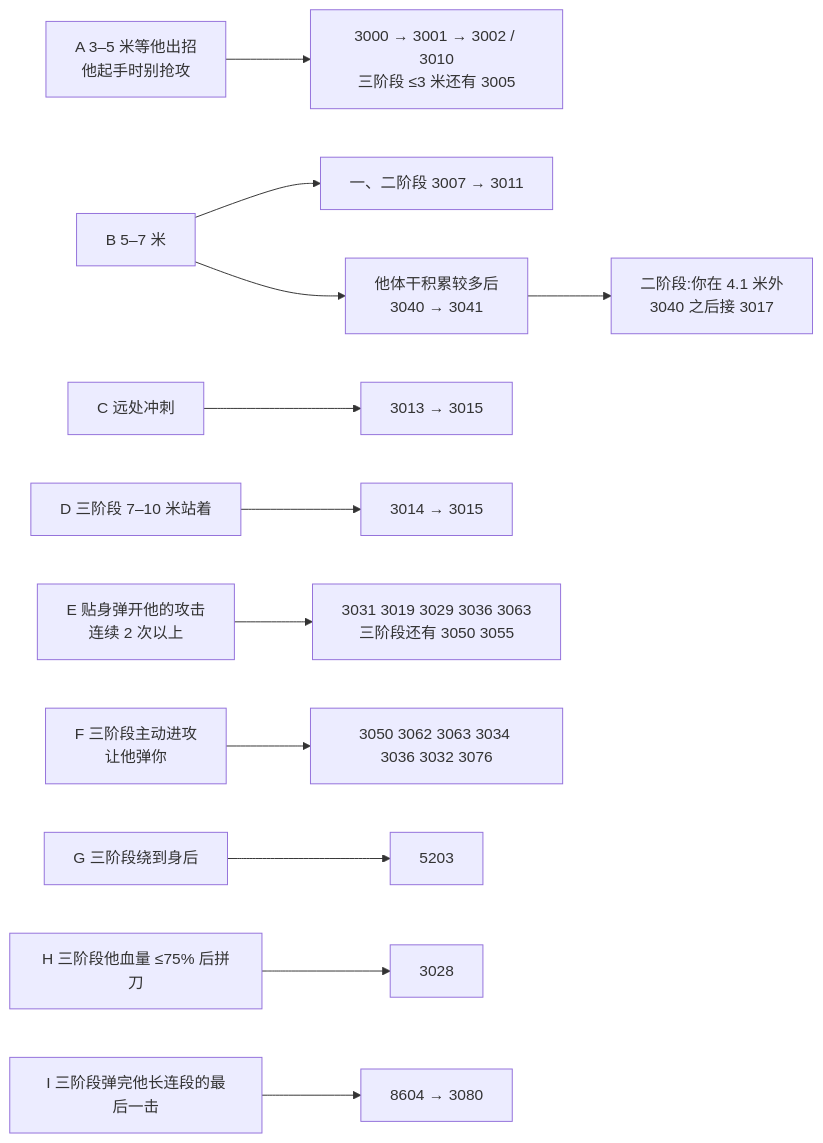
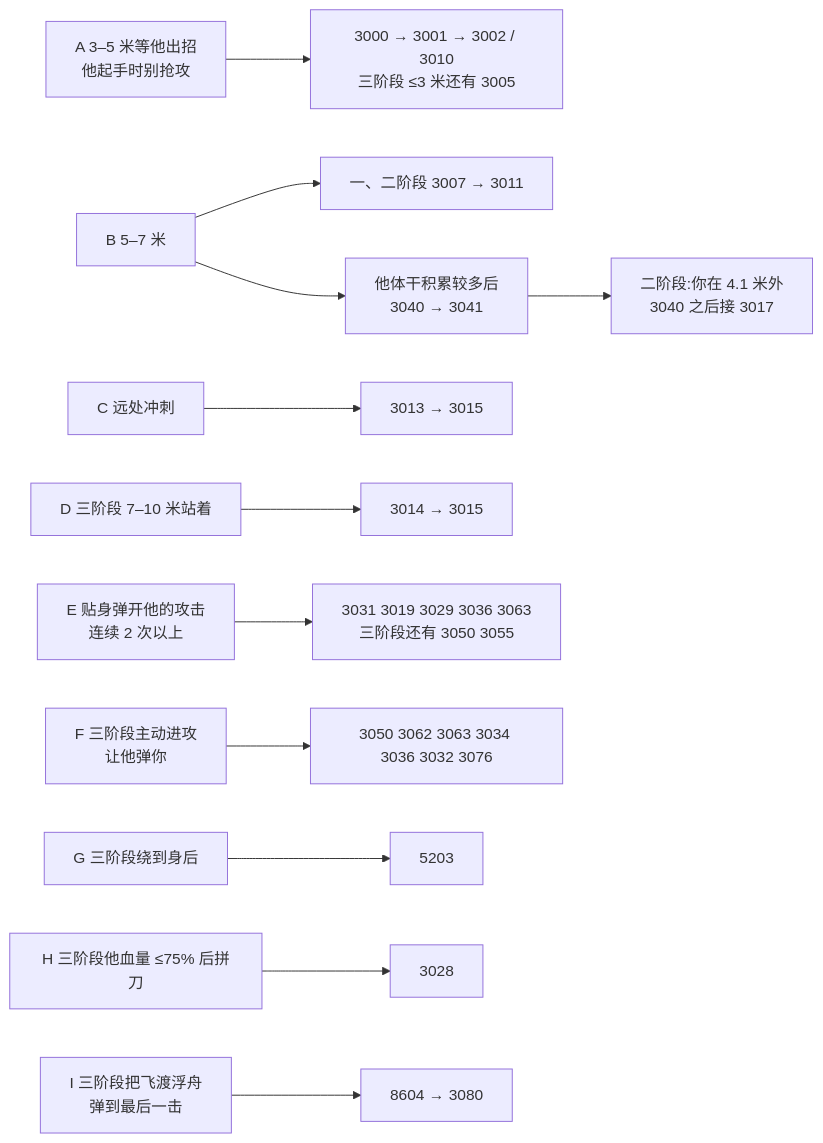
One commit to CanYouTeachMeHowToCode/Sekiro-boss-practice-analytics changed the diagram in research/ground_truth/genichiro-recording-round2.md. Above: the diagram before and after it, drawn with Mermaid. The commit also changed other lines of this file, not shown here.

````diff
--- a/research/ground_truth/genichiro-recording-round2.md
+++ b/research/ground_truth/genichiro-recording-round2.md
@@ -55,14 +55,14 @@
 ```mermaid
 flowchart LR
     A["A 3–5 米等他出招<br/>他起手时别抢攻"] --> A1["3000 → 3001 → 3002 / 3010<br/>三阶段 ≤3 米还有 3005"]
     B["B 5–7 米"] --> B1["一、二阶段 3007 → 3011"]
     B --> B2["他体干积累较多后<br/>3040 → 3041"]
     B2 --> B3["二阶段:你在 4.1 米外<br/>3040 之后接 3017"]
     C["C 远处冲刺"] --> C1["3013 → 3015"]
     D["D 三阶段 7–10 米站着"] --> D1["3014 → 3015"]
     E["E 贴身弹开他的攻击<br/>连续 2 次以上"] --> E1["3031 3019 3029 3036 3063<br/>三阶段还有 3050 3055"]
     F["F 三阶段主动进攻<br/>让他弹你"] --> F1["3050 3062 3063 3034 3036 3032 3076"]
     G["G 三阶段绕到身后"] --> G1["5203"]
     H["H 三阶段他血量 ≤75% 后拼刀"] --> H1["3028"]
-    I["I 三阶段弹完他长连段的最后一击"] --> I1["8604 → 3080"]
+    I["I 三阶段把飞渡浮舟<br/>弹到最后一击"] --> I1["8604 → 3080"]
 ```
````
